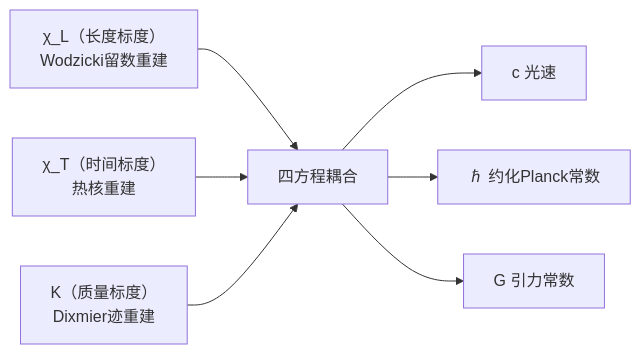
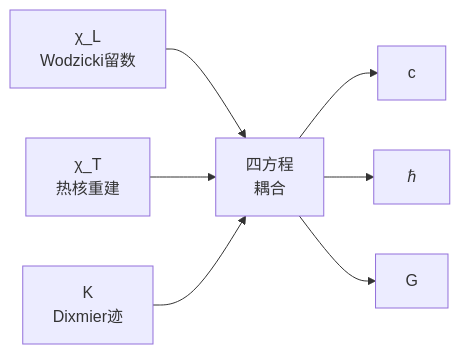
One commit to sdoygb/geometry-ai-server changed the first of 2 diagrams in app/articles/GT-Vault/Vol-2_量纲桥/2.4_质量标度重建_CN_260713.1.md. Above: the diagram before and after it, drawn with Mermaid. The commit also changed other lines of this file, not shown here.

````diff
--- a/app/articles/GT-Vault/Vol-2_量纲桥/2.4_质量标度重建_CN_260713.1.md
+++ b/app/articles/GT-Vault/Vol-2_量纲桥/2.4_质量标度重建_CN_260713.1.md
@@ -322,9 +322,9 @@
 ```mermaid
 flowchart LR
-    A["χ_L（长度标度）<br>Wodzicki留数重建"] --> D["四方程耦合"]
-    B["χ_T（时间标度）<br>热核重建"] --> D
-    C["K（质量标度）<br>Dixmier迹重建"] --> D
-    D --> E["c 光速"]
-    D --> F["ℏ 约化Planck常数"]
-    D --> G["G 引力常数"]
+    A["χ_L<br>Wodzicki留数"] --> D["四方程<br>耦合"]
+    B["χ_T<br>热核重建"] --> D
+    C["K<br>Dixmier迹"] --> D
+    D --> E["c"]
+    D --> F["ℏ"]
+    D --> G["G"]
 ```
````
